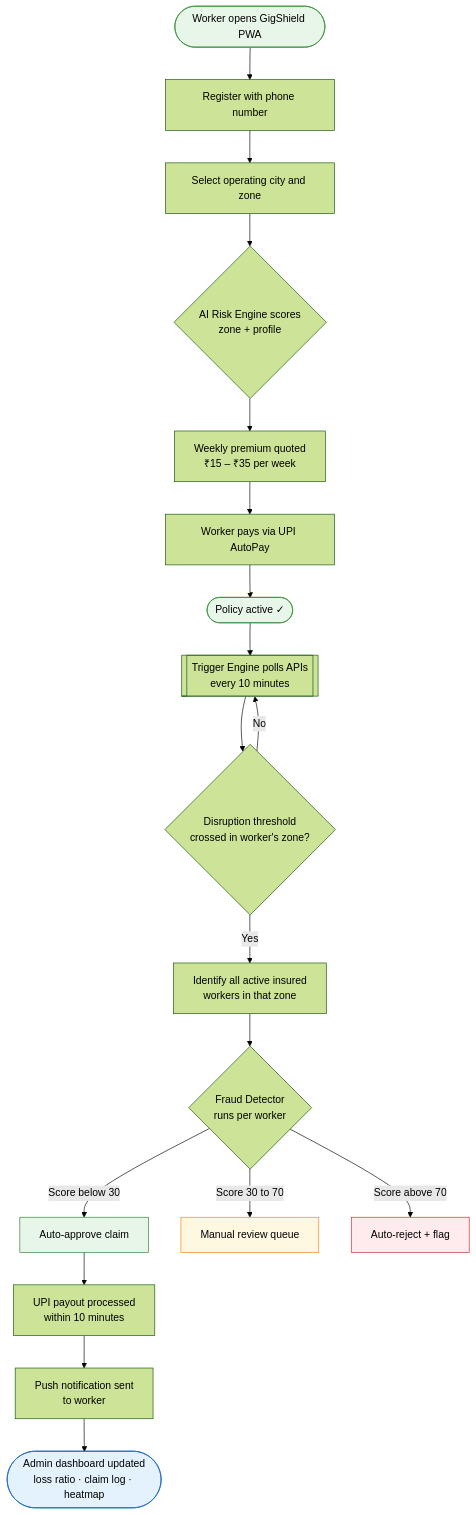
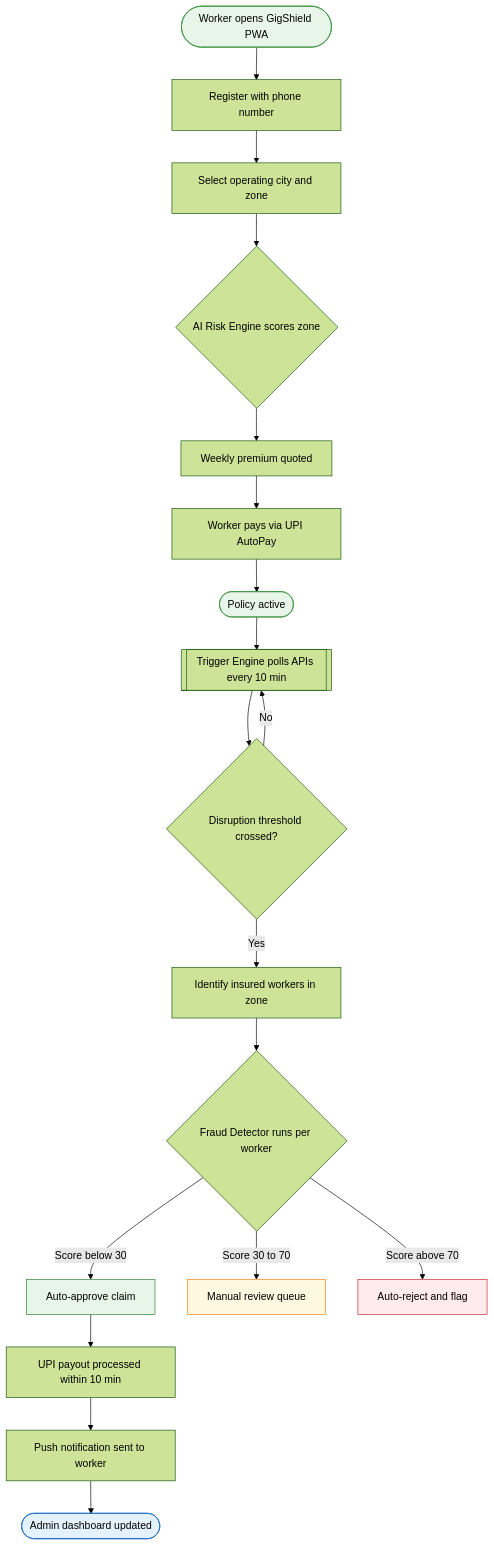
One commit to Ryuga-Mvp/GigShield changed the second of 6 diagrams in README.md. Above: the diagram before and after it, drawn with Mermaid (forest theme). The commit also changed other lines of this file, not shown here.

````diff
--- a/README.md
+++ b/README.md
@@ -141,32 +141,32 @@
 ```mermaid
 flowchart TD
     A([Worker opens GigShield PWA]) --> B[Register with phone number]
     B --> C[Select operating city and zone]
-    C --> D{AI Risk Engine scores\nzone + profile}
-    D --> E[Weekly premium quoted\n₹15 – ₹35 per week]
+    C --> D{AI Risk Engine scores zone}
+    D --> E[Weekly premium quoted]
     E --> F[Worker pays via UPI AutoPay]
-    F --> G([Policy active ✓])
+    F --> G([Policy active])
 
-    G --> H[[Trigger Engine polls APIs\nevery 10 minutes]]
+    G --> H[[Trigger Engine polls APIs every 10 min]]
 
-    H --> I{Disruption threshold\ncrossed in worker's zone?}
+    H --> I{Disruption threshold crossed?}
     I -- No --> H
-    I -- Yes --> J[Identify all active insured\nworkers in that zone]
+    I -- Yes --> J[Identify insured workers in zone]
 
-    J --> K{Fraud Detector\nruns per worker}
+    J --> K{Fraud Detector runs per worker}
 
     K -- Score below 30 --> L[Auto-approve claim]
     K -- Score 30 to 70 --> M[Manual review queue]
-    K -- Score above 70 --> N[Auto-reject + flag]
+    K -- Score above 70 --> N[Auto-reject and flag]
 
-    L --> O[UPI payout processed\nwithin 10 minutes]
-    O --> P[Push notification sent\nto worker]
-    P --> Q([Admin dashboard updated\nloss ratio · claim log · heatmap])
+    L --> O[UPI payout processed within 10 min]
+    O --> P[Push notification sent to worker]
+    P --> Q([Admin dashboard updated])
 
     style A fill:#e8f5e9,stroke:#388e3c
     style G fill:#e8f5e9,stroke:#388e3c
     style Q fill:#e3f2fd,stroke:#1565c0
     style N fill:#ffebee,stroke:#c62828
     style M fill:#fff8e1,stroke:#f57f17
     style L fill:#e8f5e9,stroke:#2e7d32
 ```
````
